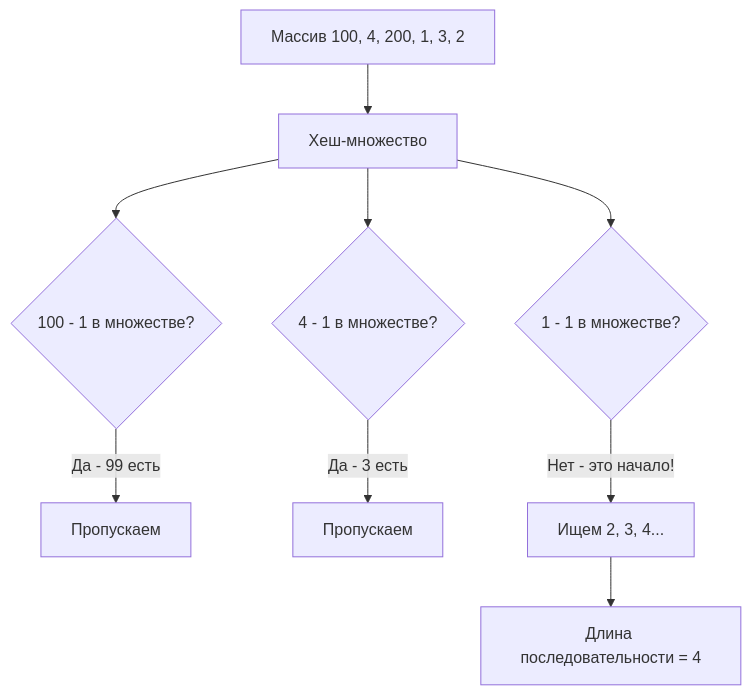
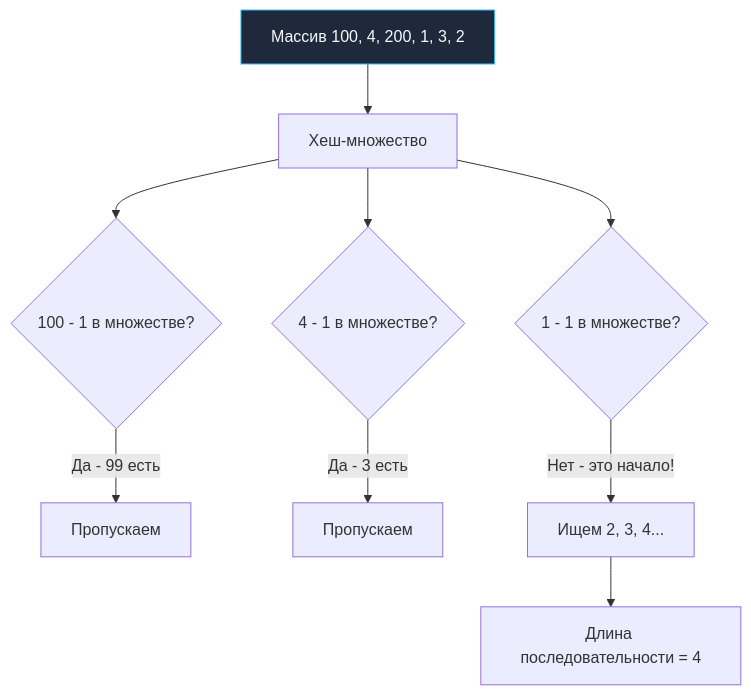
Before and after one commit to UnrealTemplier/go-textbook: the first of 2 diagrams in sources/21. Задачи с LeetCode и собеседований на Go/02. Задачи/05. Хеш таблицы/8. Longest Consecutive Sequence.md, drawn with Mermaid. The commit also changed other lines of this file and 1666 other files, not shown here.

First line of the commit message:
feat(mermaid): add semantic color classDef to 1369 colorless flowchart/graph diagrams

````diff
--- a/sources/21. Задачи с LeetCode и собеседований на Go/02. Задачи/05. Хеш таблицы/8. Longest Consecutive Sequence.md
+++ b/sources/21. Задачи с LeetCode и собеседований на Go/02. Задачи/05. Хеш таблицы/8. Longest Consecutive Sequence.md
@@ -87,13 +87,23 @@
 ```mermaid
 flowchart TD
-    A["Массив 100, 4, 200, 1, 3, 2"] --> B["Хеш-множество"]
+    classDef process  fill:#1e293b,stroke:#38bdf8,stroke-width:1px,color:#f8fafc
+    classDef success  fill:#064e3b,stroke:#34d399,stroke-width:1px,color:#f8fafc
+    classDef error    fill:#7f1d1d,stroke:#f87171,stroke-width:1px,color:#f8fafc
+    classDef warning  fill:#78350f,stroke:#fbbf24,stroke-width:1px,color:#f8fafc
+    classDef entry    fill:#1e3a5f,stroke:#38bdf8,stroke-width:2px,color:#f8fafc
+    classDef aux      fill:#334155,stroke:#64748b,stroke-width:1px,color:#f8fafc
+    classDef system   fill:#312e81,stroke:#a78bfa,stroke-width:1px,color:#f8fafc
+    classDef data     fill:#132d29,stroke:#2dd4bf,stroke-width:1px,color:#f8fafc
+    classDef network  fill:#881337,stroke:#fb7185,stroke-width:1px,color:#f8fafc
+    classDef accent   fill:#1e1b4b,stroke:#818cf8,stroke-width:1px,color:#f8fafc
+    A["Массив 100, 4, 200, 1, 3, 2"]:::process --> B["Хеш-множество"]
     B --> C{"100 - 1 в множестве?"}
     C -- "Да - 99 есть" --> D["Пропускаем"]
     
     B --> E{"4 - 1 в множестве?"}
     E -- "Да - 3 есть" --> F["Пропускаем"]
     
     B --> G{"1 - 1 в множестве?"}
     G -- "Нет - это начало!" --> H["Ищем 2, 3, 4..."]
     H --> I["Длина последовательности = 4"]
 ```
````
